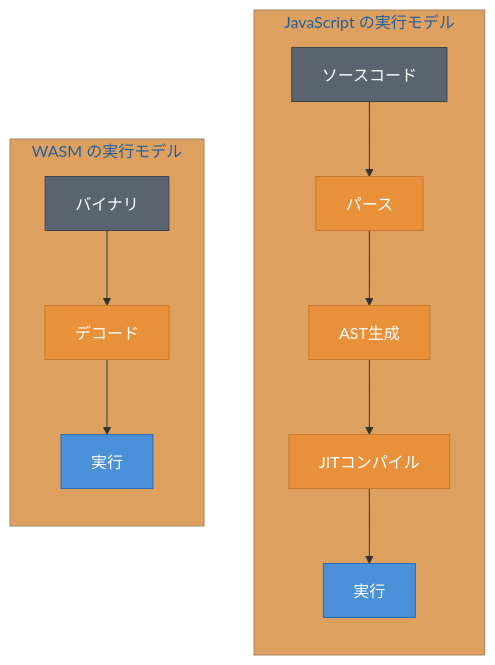
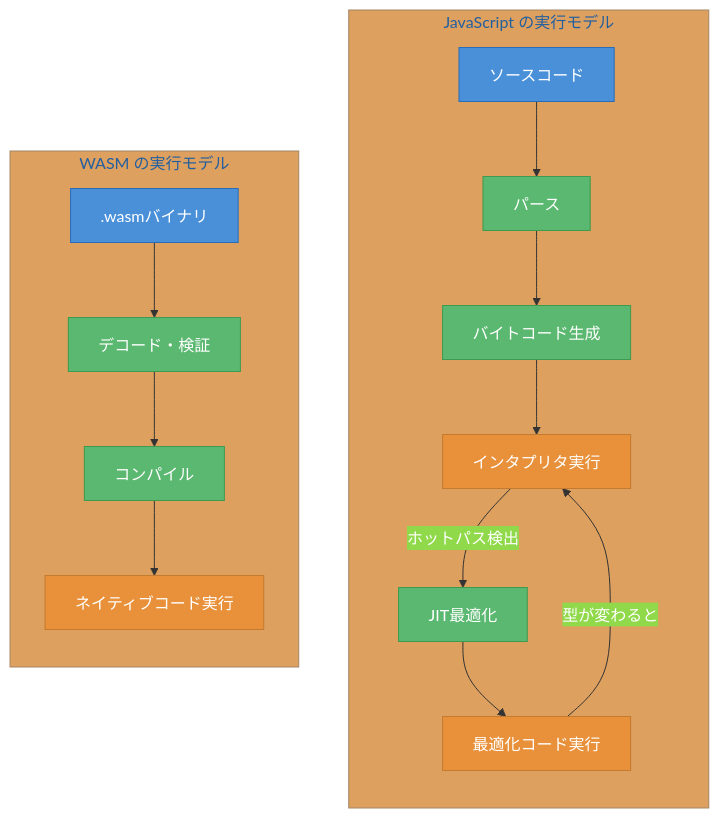
Before and after one commit to sogawa-yk/claude-code-book-write-template-test: the second of 4 diagrams in manuscript/ch01/ch01.md, drawn with Mermaid. The commit also changed other lines of this file and 29 other files, not shown here.

````diff
--- a/manuscript/ch01/ch01.md
+++ b/manuscript/ch01/ch01.md
@@ -53,18 +46,25 @@
 ```mermaid
 %%{init: {'theme': 'base', 'themeVariables': {'primaryColor': '#4A90D9', 'primaryTextColor': '#FFFFFF', 'primaryBorderColor': '#2A6CB6', 'lineColor': '#333333', 'textColor': '#1A1A1A', 'background': 'transparent'}}}%%
 graph TB
     subgraph JS["JavaScript の実行モデル"]
         direction TB
-        JS_SRC[ソースコード]:::user --> JS_PARSE[パース]:::sub --> JS_AST[AST生成]:::sub --> JS_JIT[JITコンパイル]:::sub --> JS_EXEC[実行]:::main
+        J1[ソースコード]:::main --> J2[パース]:::tool
+        J2 --> J3[バイトコード生成]:::tool
+        J3 --> J4[インタプリタ実行]:::sub
+        J4 -->|"ホットパス検出"| J5[JIT最適化]:::tool
+        J5 --> J6[最適化コード実行]:::sub
+        J6 -->|"型が変わると"| J4
     end
 
     subgraph WA["WASM の実行モデル"]
         direction TB
-        WA_BIN[バイナリ]:::user --> WA_DEC[デコード]:::sub --> WA_EXEC[実行]:::main
+        W1[".wasmバイナリ"]:::main --> W2[デコード・検証]:::tool
+        W2 --> W3[コンパイル]:::tool
+        W3 --> W4[ネイティブコード実行]:::sub
     end
 
     classDef main fill:#4A90D9,stroke:#2A6CB6,color:#FFFFFF
     classDef sub fill:#E8913A,stroke:#C47A2F,color:#FFFFFF
     classDef tool fill:#5BB870,stroke:#3D9A50,color:#FFFFFF
     classDef user fill:#5C6370,stroke:#3D4450,color:#FFFFFF
 ```
````
